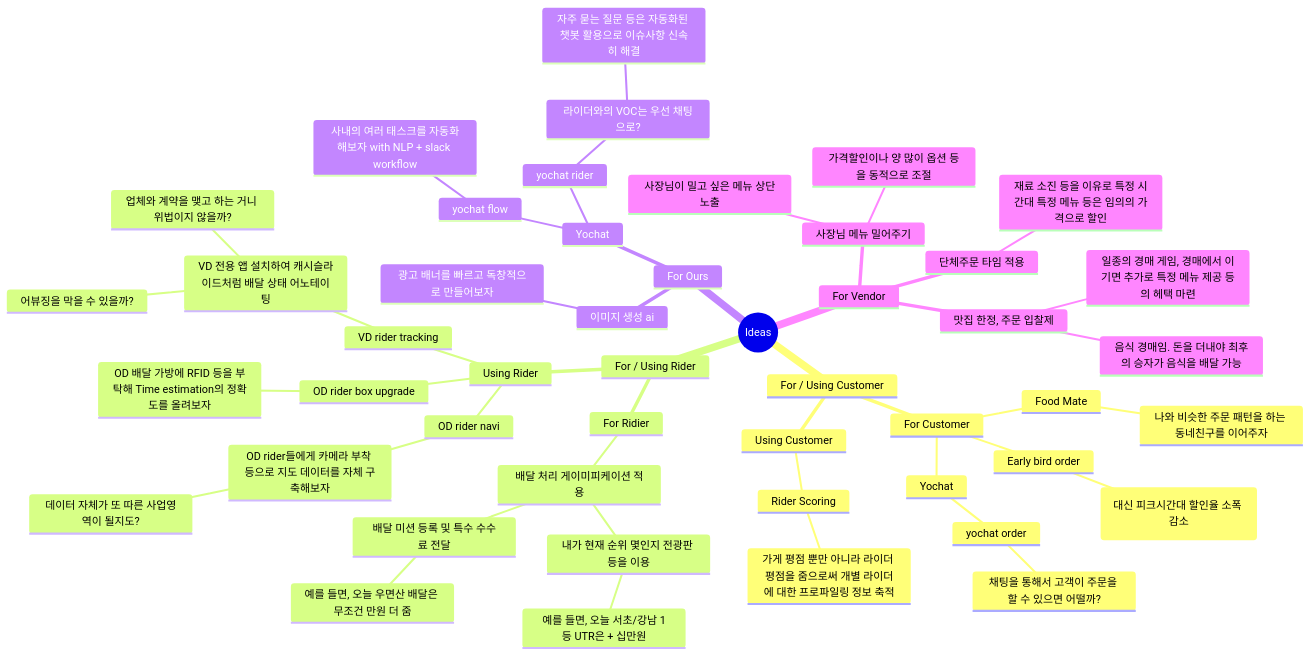
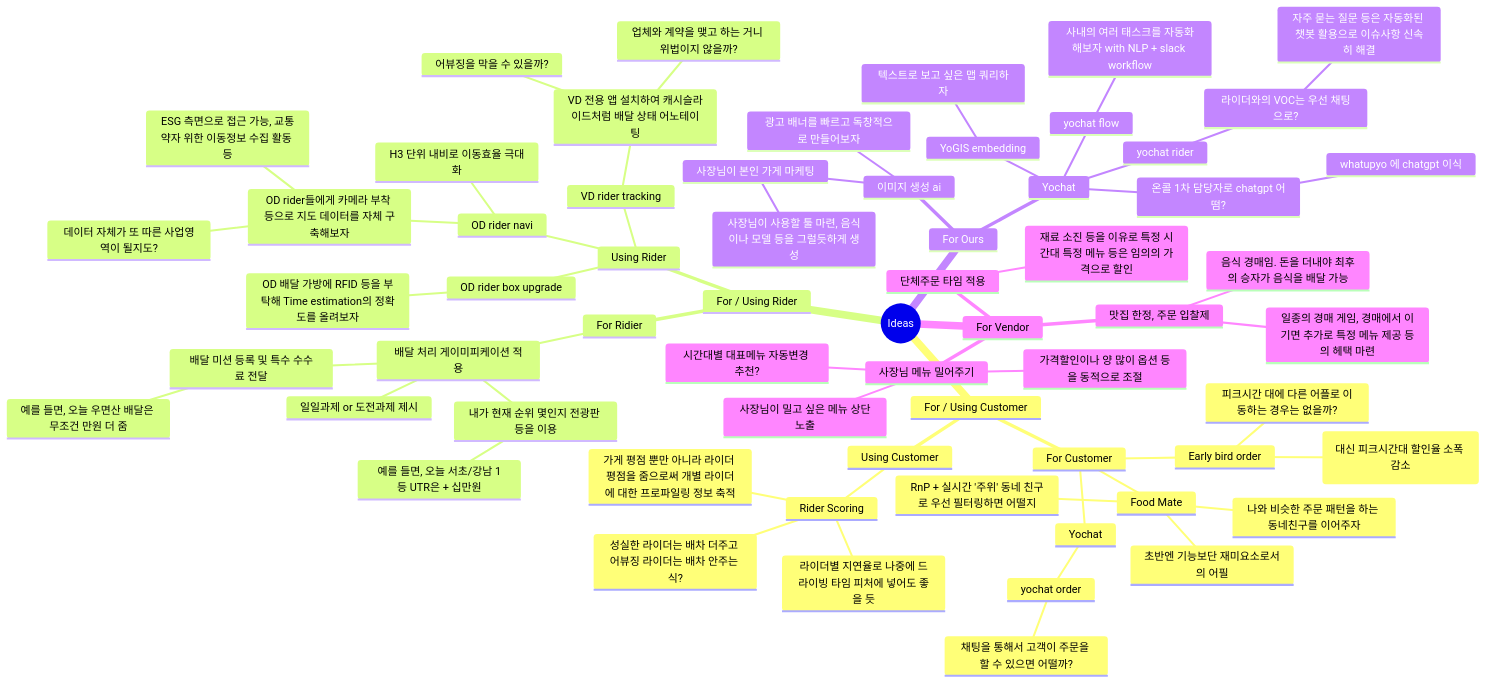
Before and after one commit to cheehoon-lee/2023-wesang-challenge: the diagram in README.md, drawn with Mermaid.

````diff
--- a/README.md
+++ b/README.md
@@ -3,62 +3,78 @@
 ```mermaid
 mindmap
   root((Ideas))
     For / Using Customer
       For Customer
         Early bird order
           식사 시간대 초입과 끝즘에 할인율을 더 높여 수요 분산 (대신 피크시간대 할인율 소폭 감소)
+          피크시간 대에 다른 어플로 이동하는 경우는 없을까?
         Food Mate
           나와 비슷한 주문 패턴을 하는 동네친구를 이어주자
+          초반엔 기능보단 재미요소로서의 어필
+          RnP + 실시간 '주위' 동네 친구로 우선 필터링하면 어떨지
         Yochat
           yochat order
             채팅을 통해서 고객이 주문을 할 수 있으면 어떨까?
       Using Customer
         Rider Scoring
           가게 평점 뿐만 아니라 라이더 평점을 줌으로써 개별 라이더에 대한 프로파일링 정보 축적
+          성실한 라이더는 배차 더주고 어뷰징 라이더는 배차 안주는 식?
+          라이더별 지연율로 나중에 드라이빙 타임 피처에 넣어도 좋을 듯
       
         
     For / Using Rider
       For Ridier
         배달 처리 게이미피케이션 적용
+          일일과제 or 도전과제 제시
           내가 현재 순위 몇인지 전광판 등을 이용
             예를 들면, 오늘 서초/강남 1등 UTR은 + 십만원
           배달 미션 등록 및 특수 수수료 전달
             예를 들면, 오늘 우면산 배달은 무조건 만원 더 줌
       Using Rider
         OD rider navi
+          H3 단위 내비로 이동효율 극대화
           OD rider들에게 카메라 부착 등으로 지도 데이터를 자체 구축해보자
             데이터 자체가 또 따른 사업영역이 될지도?
+            ESG 측면으로 접근 가능, 교통약자 위한 이동정보 수집 활동 등
         OD rider box upgrade
           OD 배달 가방에 RFID 등을 부탁해 Time estimation의 정확도를 올려보자
         VD rider tracking
           VD 전용 앱 설치하여 캐시슬라이드처럼 배달 상태 어노테이팅
             어뷰징을 막을 수 있을까?
             업체와 계약을 맺고 하는 거니 위법이지 않을까?
 
     For Ours
       이미지 생성 ai
         광고 배너를 빠르고 독창적으로 만들어보자
+        사장님이 본인 가게 마케팅
+          사장님이 사용할 툴 마련, 음식이나 모델 등을 그럴듯하게 생성
       Yochat
+        온콜 1차 담당자로 chatgpt 어떰?
+          whatupyo 에 chatgpt 이식
         yochat flow
           사내의 여러 태스크를 자동화해보자 with NLP + slack workflow
         yochat rider
           라이더와의 VOC는 우선 채팅으로?
             자주 묻는 질문 등은 자동화된 챗봇 활용으로 이슈사항 신속히 해결
+        YoGIS embedding
+          텍스트로 보고 싶은 맵 쿼리하자
 
     For Vendor
       사장님 메뉴 밀어주기
         사장님이 밀고 싶은 메뉴 상단노출
         가격할인이나 양 많이 옵션 등을 동적으로 조절
+        시간대별 대표메뉴 자동변경 추천?
       단체주문 타임 적용
         재료 소진 등을 이유로 특정 시간대 특정 메뉴 등은 임의의 가격으로 할인
       맛집 한정, 주문 입찰제
         음식 경매임. 돈을 더내야 최후의 승자가 음식을 배달 가능
         일종의 경매 게임, 경매에서 이기면 추가로 특정 메뉴 제공 등의 헤택 마련
+
         
     
     
       
       
 
 
 ```
````
